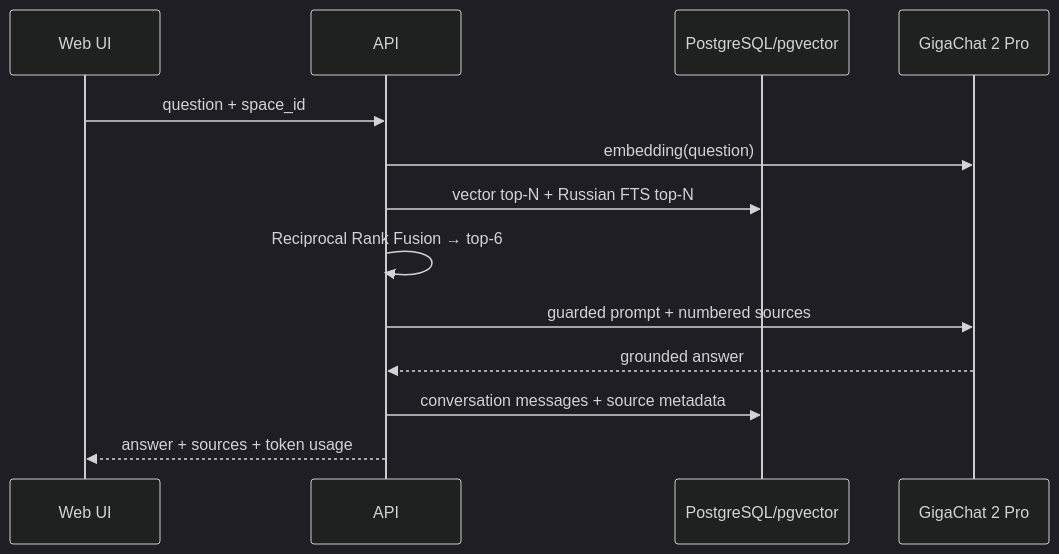
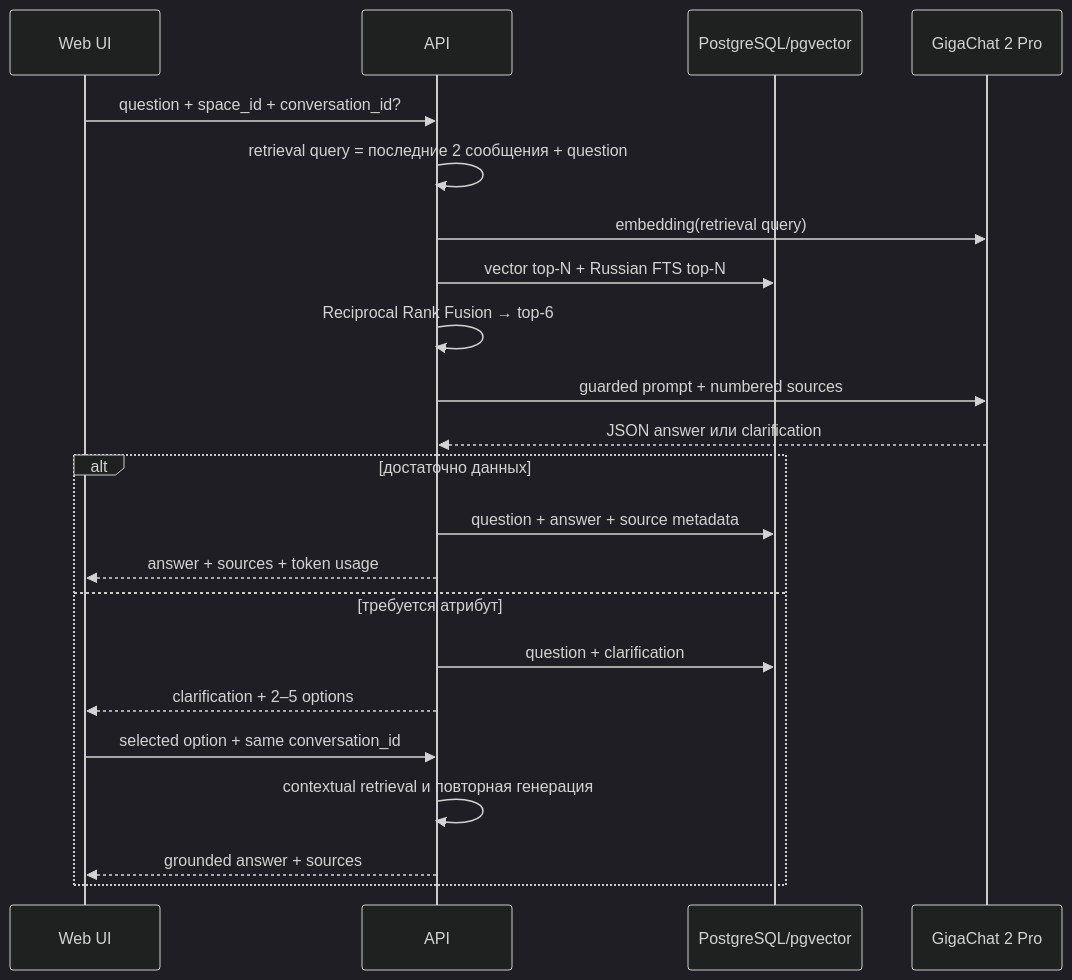
One commit to TBWTK/corporate-rag changed the fourth of 4 diagrams in docs/ARCHITECTURE.md. Above: the diagram before and after it, drawn with Mermaid (dark theme). The commit also changed other lines of this file and 40 other files, not shown here.

````diff
--- a/docs/ARCHITECTURE.md
+++ b/docs/ARCHITECTURE.md
@@ -85,15 +86,24 @@
 ```mermaid
 sequenceDiagram
   participant U as Web UI
   participant A as API
   participant D as PostgreSQL/pgvector
   participant G as GigaChat 2 Pro
-  U->>A: question + space_id
-  A->>G: embedding(question)
+  U->>A: question + space_id + conversation_id?
+  A->>A: retrieval query = последние 2 сообщения + question
+  A->>G: embedding(retrieval query)
   A->>D: vector top-N + Russian FTS top-N
   A->>A: Reciprocal Rank Fusion → top-6
   A->>G: guarded prompt + numbered sources
-  G-->>A: grounded answer
-  A->>D: conversation messages + source metadata
-  A-->>U: answer + sources + token usage
+  G-->>A: JSON answer или clarification
+  alt достаточно данных
+    A->>D: question + answer + source metadata
+    A-->>U: answer + sources + token usage
+  else требуется атрибут
+    A->>D: question + clarification
+    A-->>U: clarification + 2–5 options
+    U->>A: selected option + same conversation_id
+    A->>A: contextual retrieval и повторная генерация
+    A-->>U: grounded answer + sources
+  end
 ```
````
